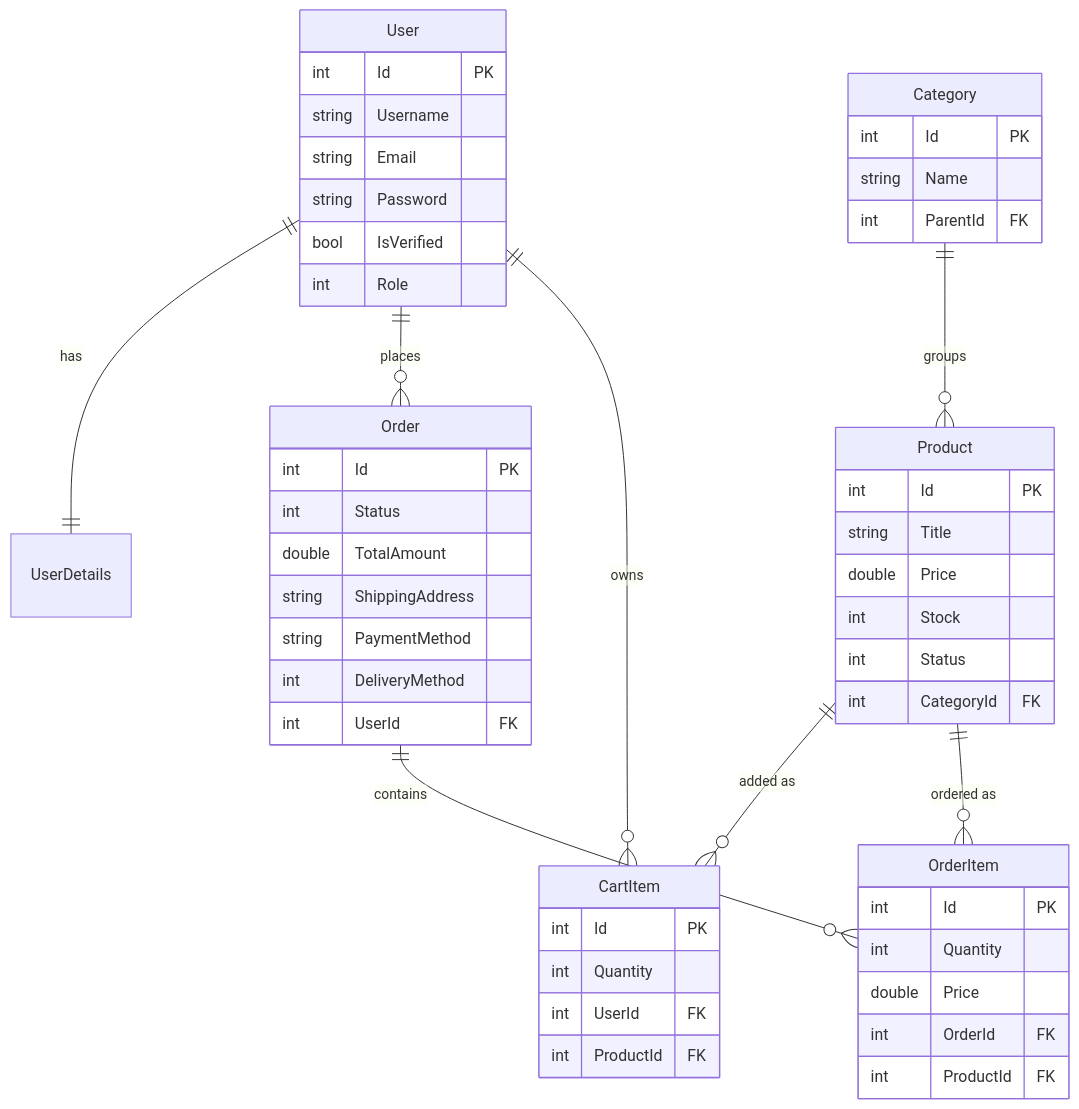
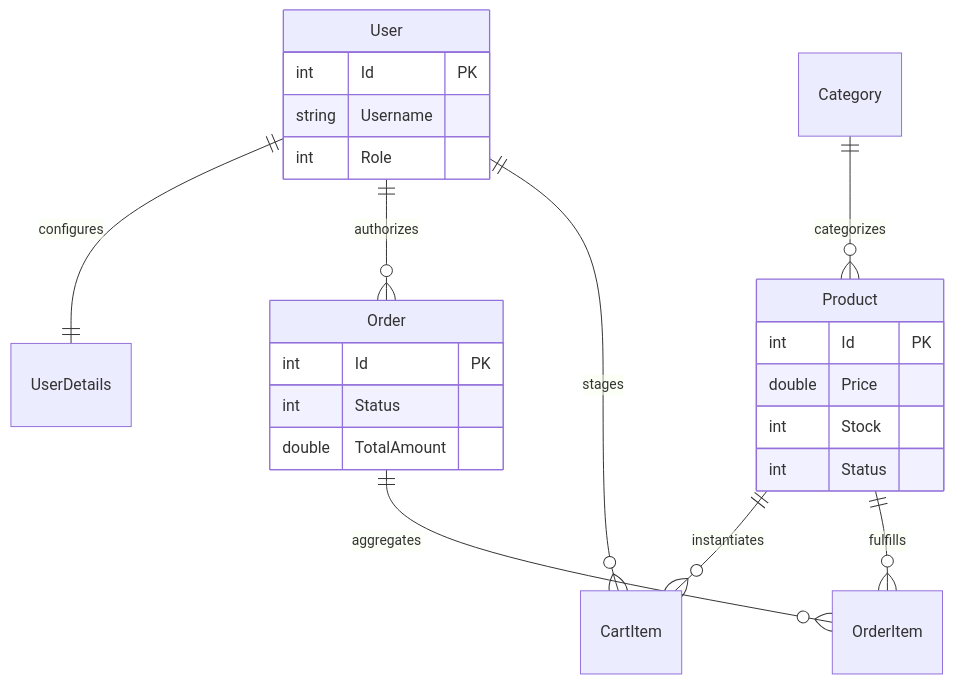
One commit to Redened/ITStepFinal changed the fifth of 5 diagrams in ARCHITECTURE-C4.md. Above: the diagram before and after it, drawn with Mermaid. The commit also changed other lines of this file and 12 other files, not shown here.

````diff
--- a/ARCHITECTURE-C4.md
+++ b/ARCHITECTURE-C4.md
@@ -189,54 +150,27 @@
 ```mermaid
 erDiagram
-    User ||--|| UserDetails : has
-    User ||--o{ Order : places
-    User ||--o{ CartItem : owns
-    Category ||--o{ Product : groups
-    Product ||--o{ CartItem : "added as"
-    Product ||--o{ OrderItem : "ordered as"
-    Order ||--o{ OrderItem : contains
+    User ||--|| UserDetails : configures
+    User ||--o{ Order : authorizes
+    User ||--o{ CartItem : stages
+    Category ||--o{ Product : categorizes
+    Product ||--o{ CartItem : instantiates
+    Product ||--o{ OrderItem : fulfills
+    Order ||--o{ OrderItem : aggregates
 
     User {
         int Id PK
         string Username
-        string Email
-        string Password
-        bool IsVerified
         int Role
     }
     Product {
         int Id PK
-        string Title
         double Price
         int Stock
         int Status
-        int CategoryId FK
-    }
-    Category {
-        int Id PK
-        string Name
-        int ParentId FK
     }
     Order {
         int Id PK
         int Status
         double TotalAmount
-        string ShippingAddress
-        string PaymentMethod
-        int DeliveryMethod
-        int UserId FK
-    }
-    OrderItem {
-        int Id PK
-        int Quantity
-        double Price
-        int OrderId FK
-        int ProductId FK
-    }
-    CartItem {
-        int Id PK
-        int Quantity
-        int UserId FK
-        int ProductId FK
     }
 ```
````
